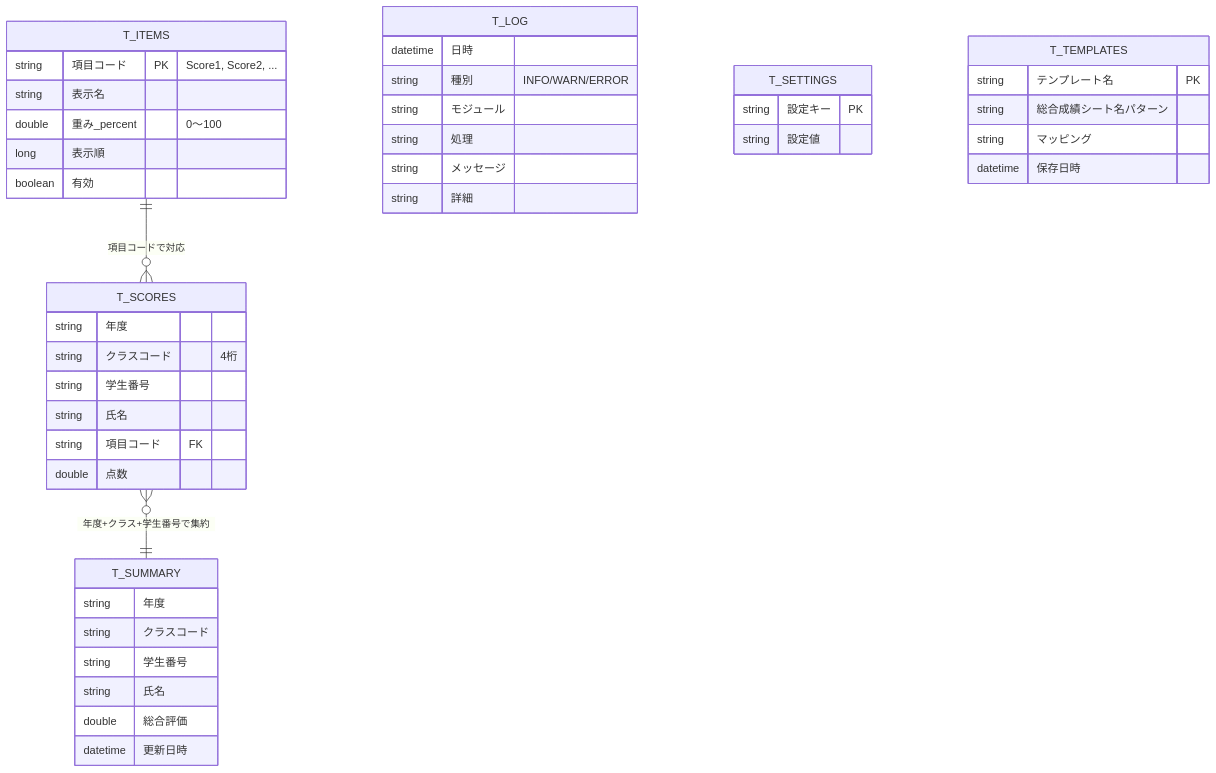
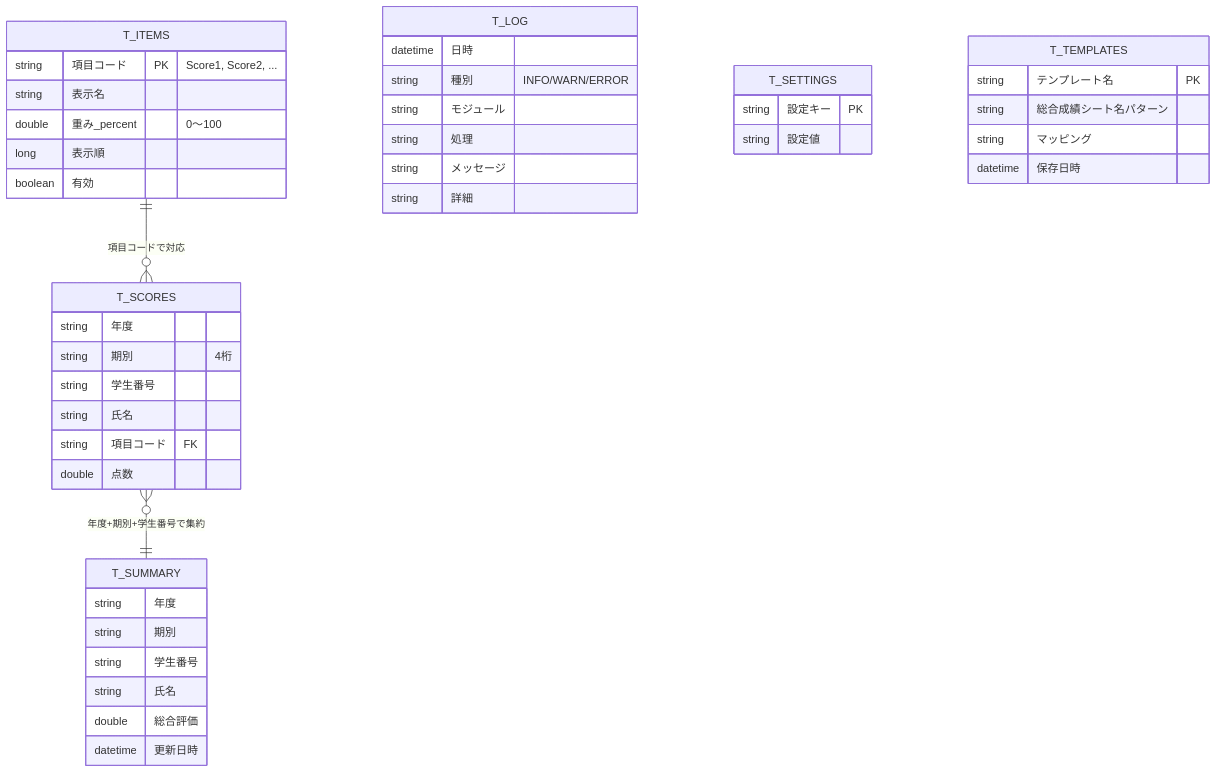
The diagram in docs/03_データベース設計書.md (yastdKHS/sandbox), drawn with Mermaid before and after one commit. The commit also changed other lines of this file and 14 other files, not shown here.

````diff
--- a/docs/03_データベース設計書.md
+++ b/docs/03_データベース設計書.md
@@ -17,47 +17,47 @@
 ```mermaid
 erDiagram
     T_ITEMS ||--o{ T_SCORES : "項目コードで対応"
-    T_SCORES }o--|| T_SUMMARY : "年度+クラス+学生番号で集約"
+    T_SCORES }o--|| T_SUMMARY : "年度+期別+学生番号で集約"
 
     T_ITEMS {
         string 項目コード PK "Score1, Score2, ..."
         string 表示名
         double 重み_percent "0〜100"
         long 表示順
         boolean 有効
     }
     T_SCORES {
         string 年度
-        string クラスコード "4桁"
+        string 期別 "4桁"
         string 学生番号
         string 氏名
         string 項目コード FK
         double 点数
     }
     T_SUMMARY {
         string 年度
-        string クラスコード
+        string 期別
         string 学生番号
         string 氏名
         double 総合評価
         datetime 更新日時
     }
     T_LOG {
         datetime 日時
         string 種別 "INFO/WARN/ERROR"
         string モジュール
         string 処理
         string メッセージ
         string 詳細
     }
     T_SETTINGS {
         string 設定キー PK
         string 設定値
     }
     T_TEMPLATES {
         string テンプレート名 PK
         string 総合成績シート名パターン
         string マッピング
         datetime 保存日時
     }
 ```
````
